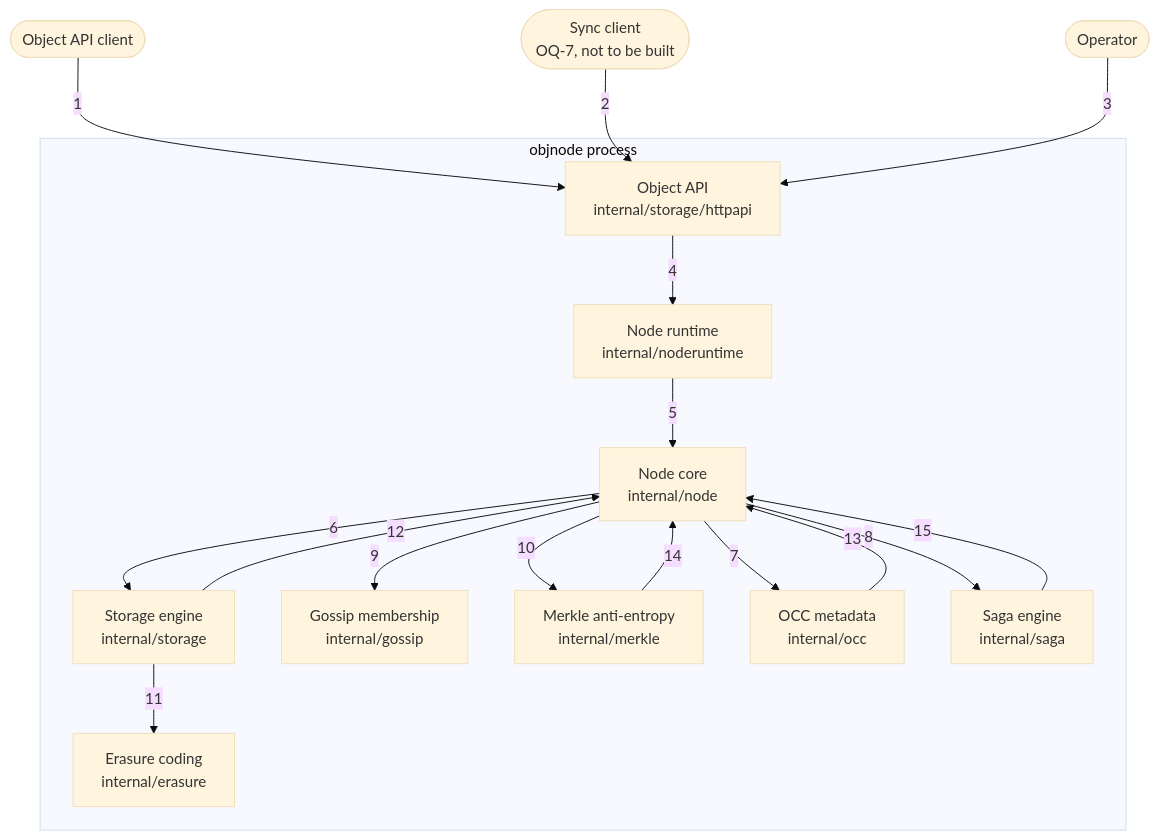
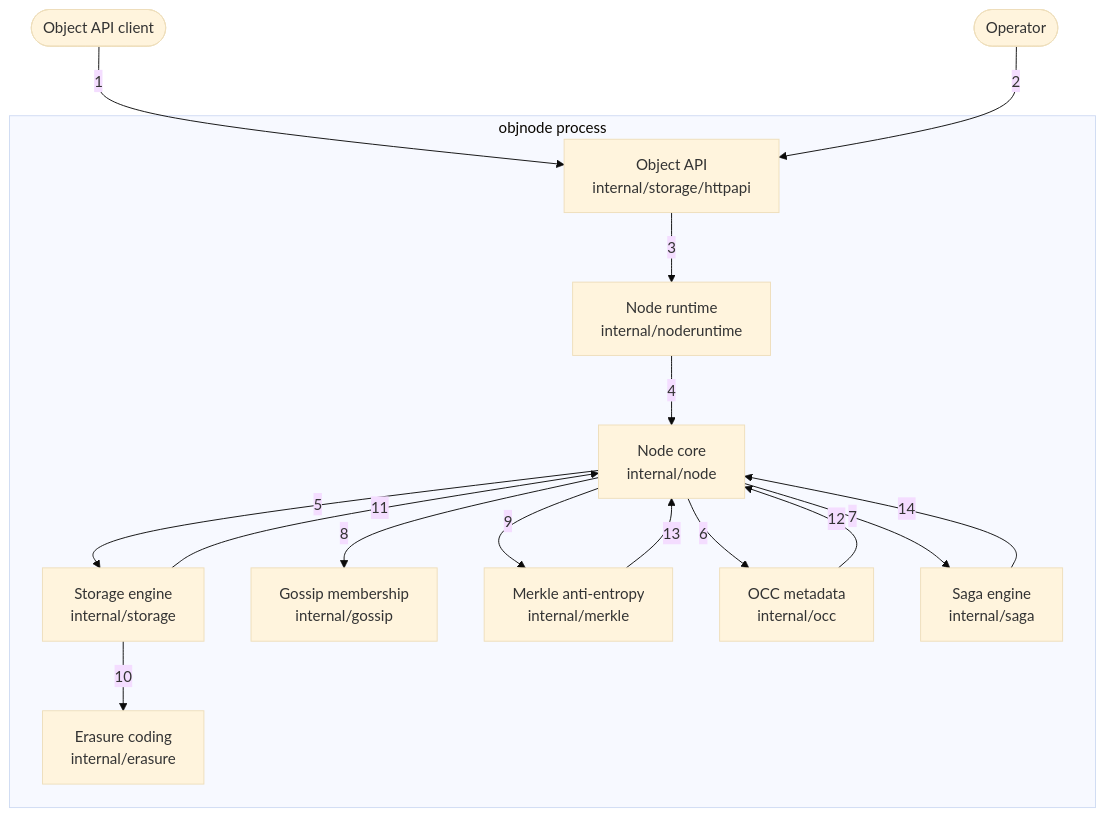
The diagram in docs/c4/02-container.md (nickstrad/decentralized-object-store), drawn with Mermaid (base theme) before and after one commit. The commit also changed other lines of this file and 10 other files, not shown here.

First line of the commit message:
c4: final pass — remove the unbuilt sync client; every element is as built

````diff
--- a/docs/c4/02-container.md
+++ b/docs/c4/02-container.md
@@ -9,32 +9,30 @@
 ```mermaid
 flowchart TB
   CLIENT(["Object API client"])
-  SYNC(["Sync client<br/>OQ-7, not to be built"])
   OPER(["Operator"])
   subgraph OBJNODE["objnode process"]
     API["Object API<br/>internal/storage/httpapi"]
     RUNTIME["Node runtime<br/>internal/noderuntime"]
     NODE["Node core<br/>internal/node"]
     STORAGE["Storage engine<br/>internal/storage"]
     ERASURE["Erasure coding<br/>internal/erasure"]
     GOSSIP["Gossip membership<br/>internal/gossip"]
     MERKLE["Merkle anti-entropy<br/>internal/merkle"]
     OCC["OCC metadata<br/>internal/occ"]
     SAGA["Saga engine<br/>internal/saga"]
   end
   CLIENT -->|1| API
-  SYNC -->|2| API
-  OPER -->|3| API
-  API -->|4| RUNTIME
-  RUNTIME -->|5| NODE
-  NODE -->|6| STORAGE
-  NODE -->|7| OCC
-  NODE -->|8| SAGA
-  NODE -->|9| GOSSIP
-  NODE -->|10| MERKLE
-  STORAGE -->|11| ERASURE
-  STORAGE -->|12| NODE
-  OCC -->|13| NODE
-  MERKLE -->|14| NODE
-  SAGA -->|15| NODE
+  OPER -->|2| API
+  API -->|3| RUNTIME
+  RUNTIME -->|4| NODE
+  NODE -->|5| STORAGE
+  NODE -->|6| OCC
+  NODE -->|7| SAGA
+  NODE -->|8| GOSSIP
+  NODE -->|9| MERKLE
+  STORAGE -->|10| ERASURE
+  STORAGE -->|11| NODE
+  OCC -->|12| NODE
+  MERKLE -->|13| NODE
+  SAGA -->|14| NODE
 ```
````
